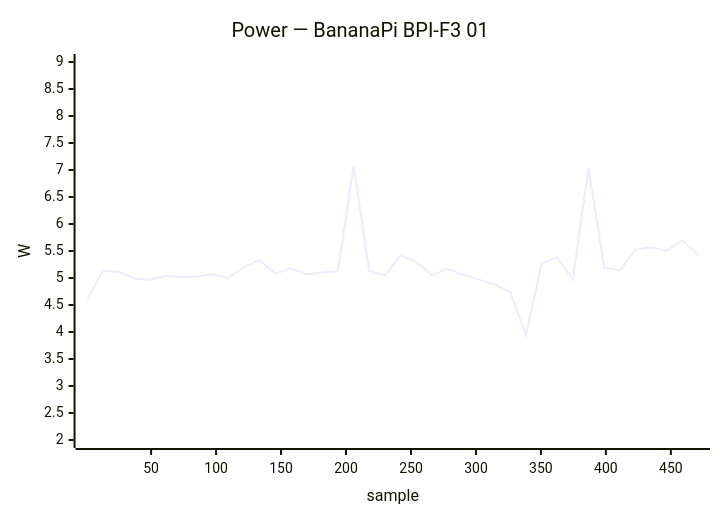
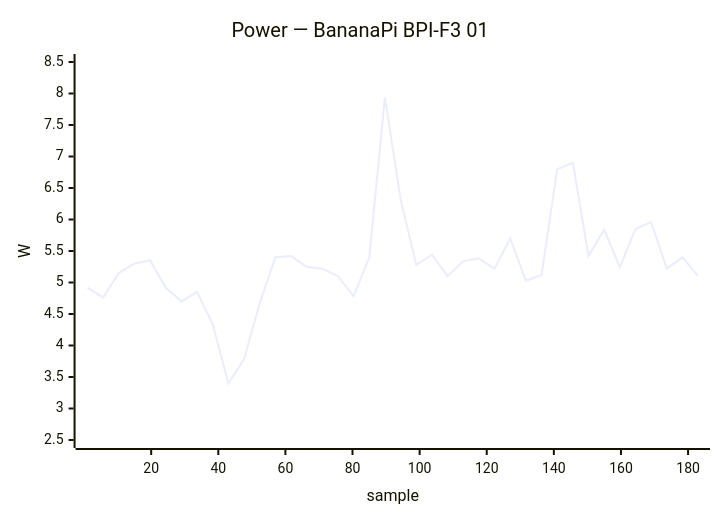
Before and after one commit to armbian/documentation: diagram 28 of 34 in docs/status/board-tests.md, drawn with Mermaid. The commit also changed other lines of this file, not shown here.

````diff
--- a/docs/status/board-tests.md
+++ b/docs/status/board-tests.md
@@ -409,7 +1280,7 @@
 ```mermaid
 xychart-beta
     title "Power — BananaPi BPI-F3 01"
-    x-axis "sample" 1 --> 471
-    y-axis "W" 2.0 --> 9.0
-    line [4.60, 5.14, 5.11, 4.99, 4.97, 5.04, 5.02, 5.03, 5.07, 5.00, 5.20, 5.33, 5.08, 5.18, 5.07, 5.10, 5.13, 7.07, 5.13, 5.05, 5.42, 5.30, 5.05, 5.17, 5.06, 4.97, 4.88, 4.74, 3.94, 5.27, 5.38, 4.97, 7.03, 5.20, 5.14, 5.53, 5.57, 5.51, 5.70, 5.43]
+    x-axis "sample" 1 --> 183
+    y-axis "W" 2.5 --> 8.5
+    line [4.92, 4.76, 5.15, 5.30, 5.35, 4.92, 4.70, 4.85, 4.34, 3.40, 3.78, 4.67, 5.40, 5.42, 5.25, 5.22, 5.10, 4.78, 5.40, 7.94, 6.32, 5.28, 5.44, 5.10, 5.34, 5.38, 5.22, 5.70, 5.03, 5.12, 6.80, 6.90, 5.42, 5.84, 5.24, 5.85, 5.96, 5.22, 5.40, 5.10]
 ```
````
